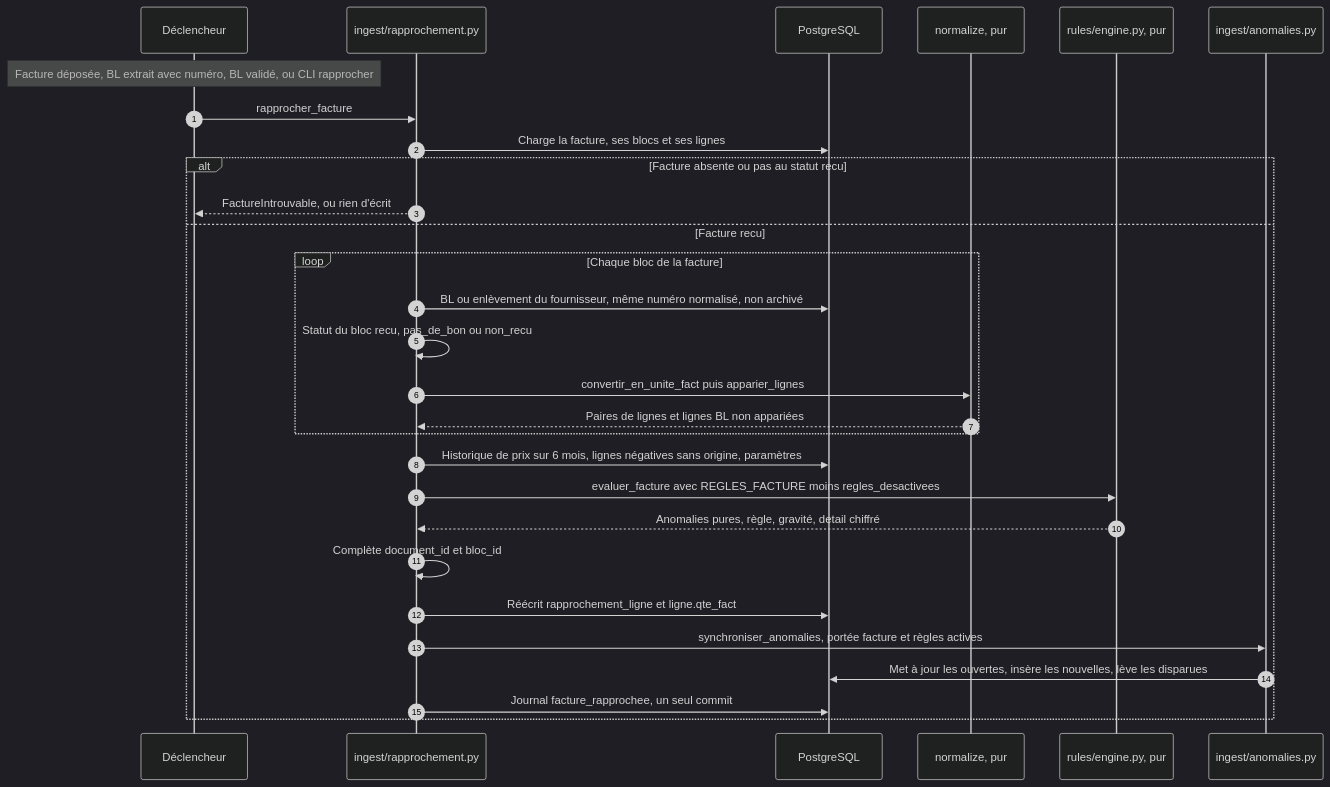
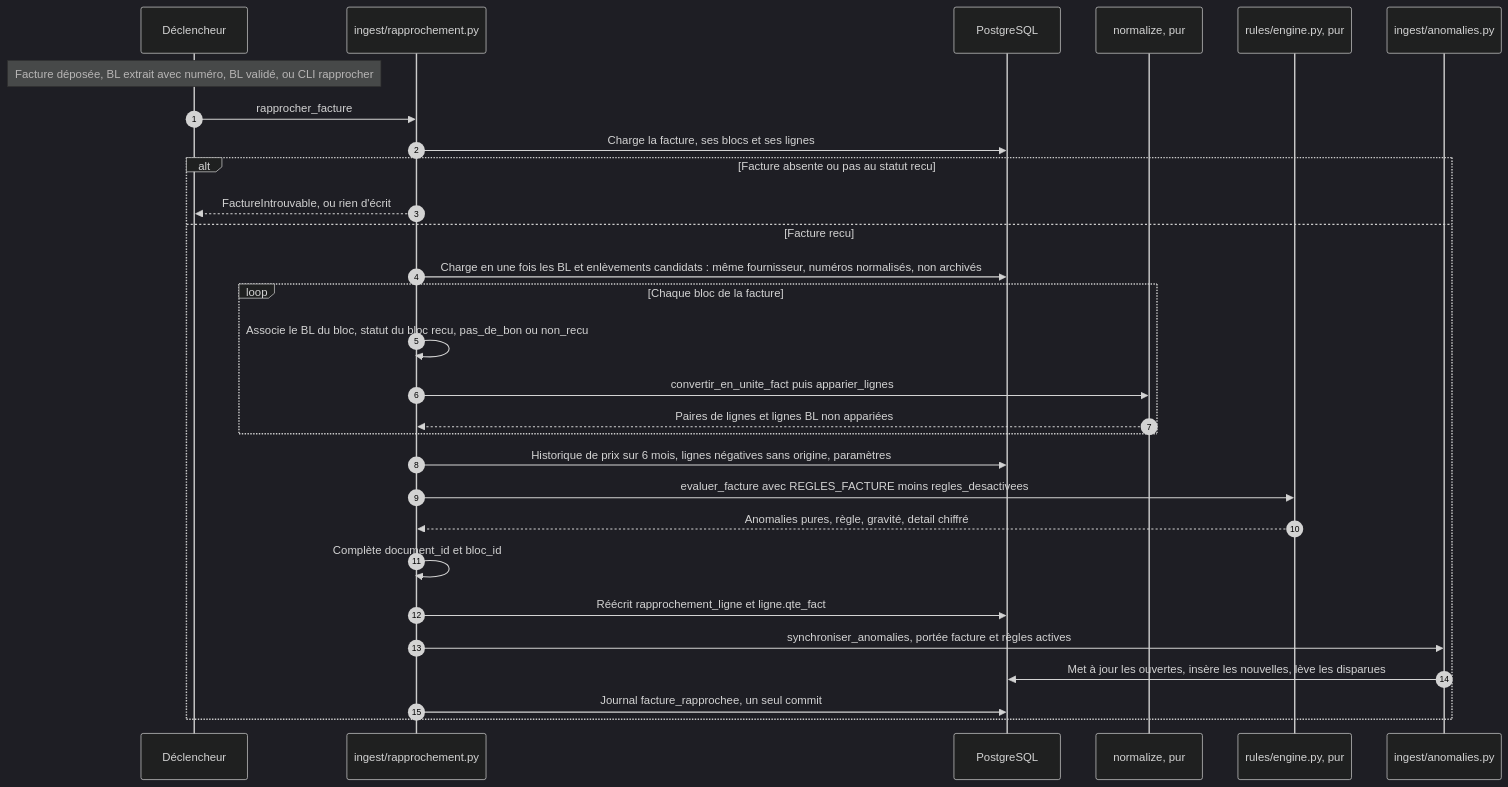
One commit to Asuura666/habitat-renovation changed the eighth of 14 diagrams in ARCHITECTURE.md. Above: the diagram before and after it, drawn with Mermaid (dark theme). The commit also changed other lines of this file, not shown here.

First line of the commit message:
docs: ARCHITECTURE.md — corrections de vérification

````diff
--- a/ARCHITECTURE.md
+++ b/ARCHITECTURE.md
@@ -632,32 +679,32 @@
 ```mermaid
 sequenceDiagram
   autonumber
   participant dec as Déclencheur
   participant rap as ingest/rapprochement.py
   participant bdd as PostgreSQL
   participant norm as normalize, pur
   participant eng as rules/engine.py, pur
   participant ano as ingest/anomalies.py
 
   Note over dec: Facture déposée, BL extrait avec numéro, BL validé, ou CLI rapprocher
   dec->>rap: rapprocher_facture
   rap->>bdd: Charge la facture, ses blocs et ses lignes
   alt Facture absente ou pas au statut recu
     rap-->>dec: FactureIntrouvable, ou rien d'écrit
   else Facture recu
+    rap->>bdd: Charge en une fois les BL et enlèvements candidats : même fournisseur, numéros normalisés, non archivés
     loop Chaque bloc de la facture
-      rap->>bdd: BL ou enlèvement du fournisseur, même numéro normalisé, non archivé
-      rap->>rap: Statut du bloc recu, pas_de_bon ou non_recu
+      rap->>rap: Associe le BL du bloc, statut du bloc recu, pas_de_bon ou non_recu
       rap->>norm: convertir_en_unite_fact puis apparier_lignes
       norm-->>rap: Paires de lignes et lignes BL non appariées
     end
     rap->>bdd: Historique de prix sur 6 mois, lignes négatives sans origine, paramètres
     rap->>eng: evaluer_facture avec REGLES_FACTURE moins regles_desactivees
     eng-->>rap: Anomalies pures, règle, gravité, detail chiffré
     rap->>rap: Complète document_id et bloc_id
     rap->>bdd: Réécrit rapprochement_ligne et ligne.qte_fact
     rap->>ano: synchroniser_anomalies, portée facture et règles actives
     ano->>bdd: Met à jour les ouvertes, insère les nouvelles, lève les disparues
     rap->>bdd: Journal facture_rapprochee, un seul commit
   end
 ```
````
